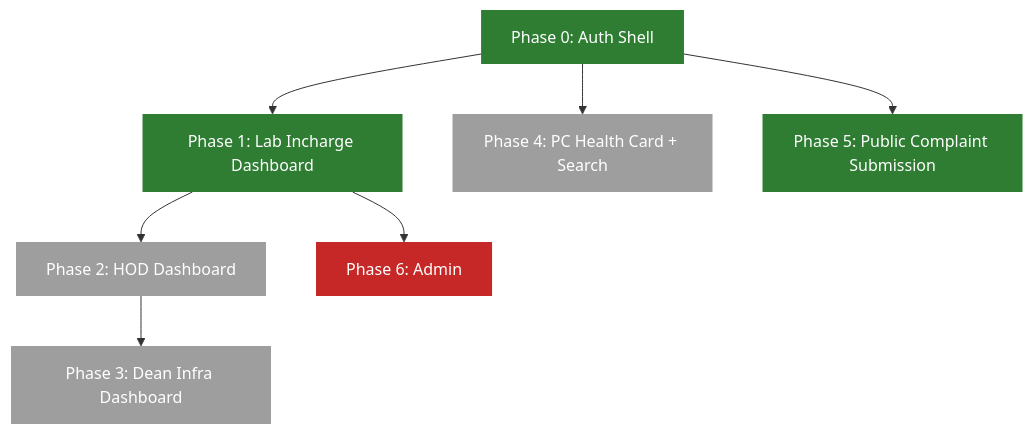
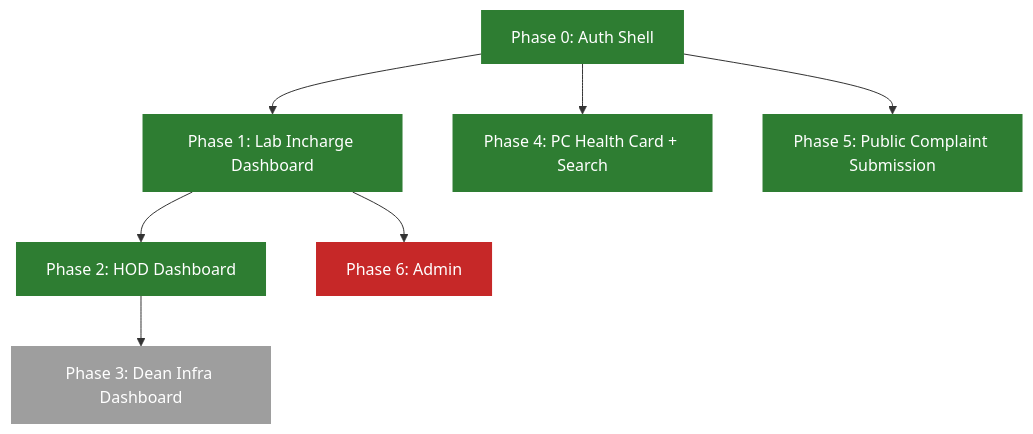
The diagram in frontend/docs/frontend-design.md (Codewith-soham/LabMon), drawn with Mermaid before and after one commit. The commit also changed other lines of this file and 14 other files, not shown here.

First line of the commit message:
Refactor PC sync and lookup endpoints; enhance documentation and roadmap

````diff
--- a/frontend/docs/frontend-design.md
+++ b/frontend/docs/frontend-design.md
@@ -15,13 +16,13 @@
 ```mermaid
 flowchart TD
     P0["Phase 0: Auth Shell"]:::done --> P1["Phase 1: Lab Incharge Dashboard"]:::done
-    P1 --> P2["Phase 2: HOD Dashboard"]:::todo
+    P1 --> P2["Phase 2: HOD Dashboard"]:::done
     P2 --> P3["Phase 3: Dean Infra Dashboard"]:::todo
-    P0 --> P4["Phase 4: PC Health Card + Search"]:::todo
+    P0 --> P4["Phase 4: PC Health Card + Search"]:::done
     P0 --> P5["Phase 5: Public Complaint Submission"]:::done
     P1 --> P6["Phase 6: Admin"]:::blocked
 
     classDef done fill:#2e7d32,color:#fff,stroke:none
     classDef todo fill:#9e9e9e,color:#fff,stroke:none
     classDef blocked fill:#c62828,color:#fff,stroke:none
 ```
````
